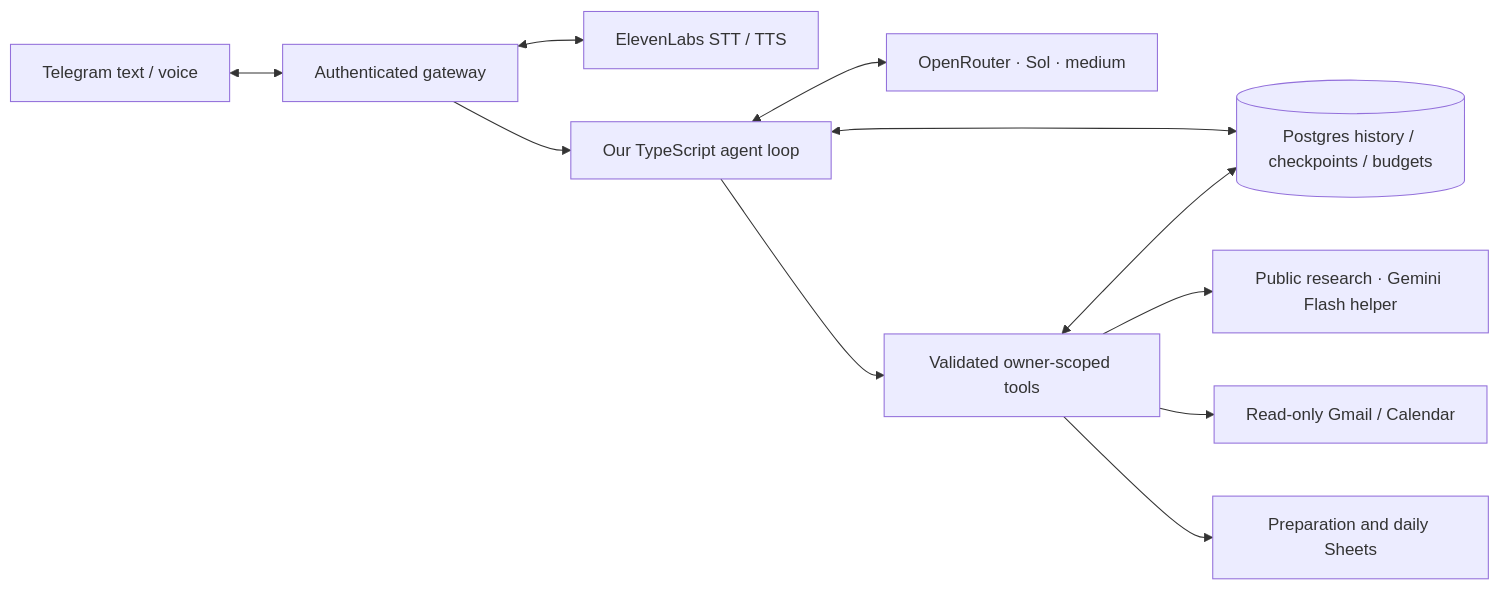
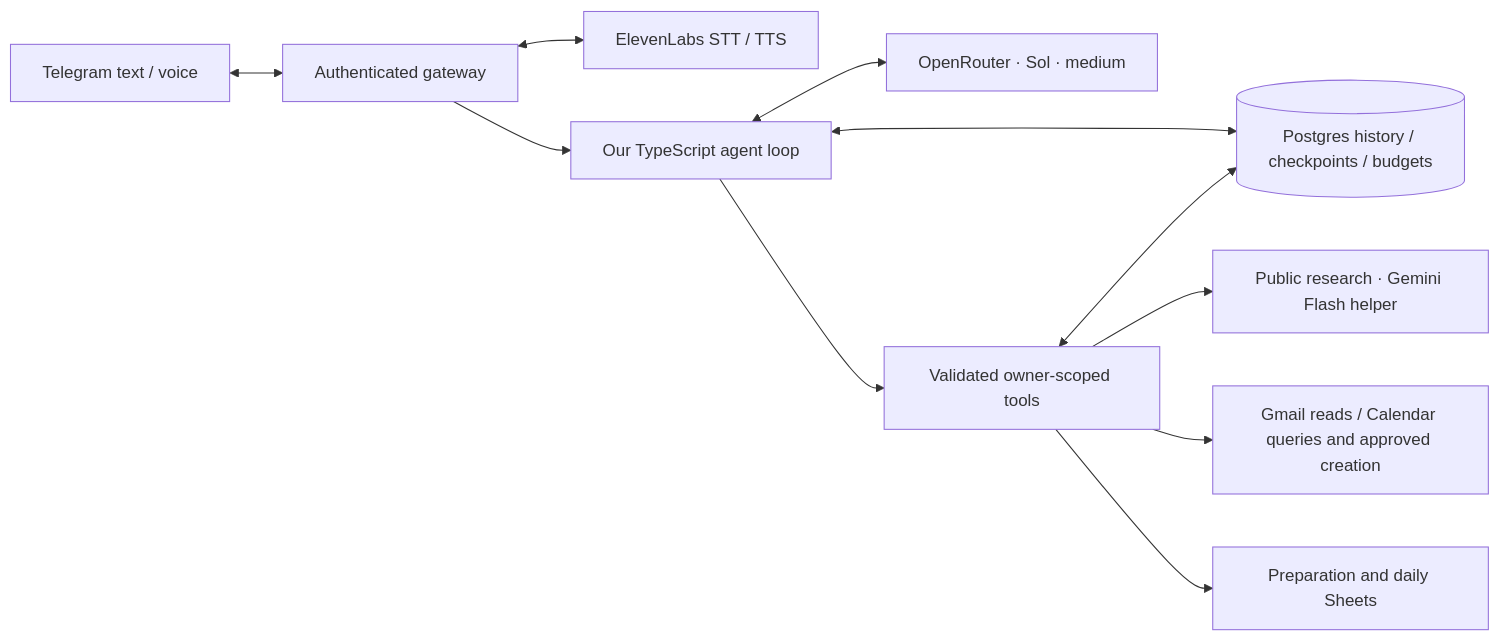
One commit to akhilvuputuri/chief-agent changed the diagram in README.md. Above: the diagram before and after it, drawn with Mermaid. The commit also changed other lines of this file and 21 other files, not shown here.

````diff
--- a/README.md
+++ b/README.md
@@ -7,13 +7,13 @@
 ```mermaid
 flowchart LR
   T[Telegram text / voice] <--> G[Authenticated gateway]
   G <--> V[ElevenLabs STT / TTS]
   G --> A[Our TypeScript agent loop]
   A <--> M[OpenRouter · Sol · medium]
   A --> D[Validated owner-scoped tools]
   A <--> P[(Postgres history / checkpoints / budgets)]
   D <--> P
   D --> W[Public research · Gemini Flash helper]
-  D --> R[Read-only Gmail / Calendar]
+  D --> R[Gmail reads / Calendar queries and approved creation]
   D --> S[Preparation and daily Sheets]
 ```
````
